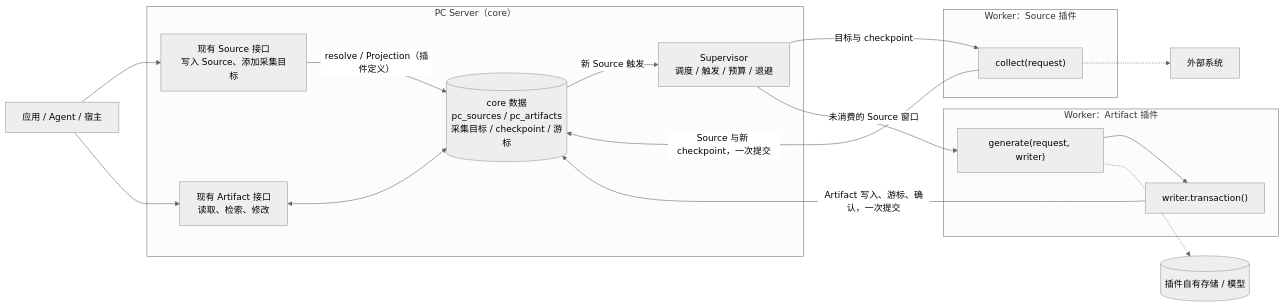
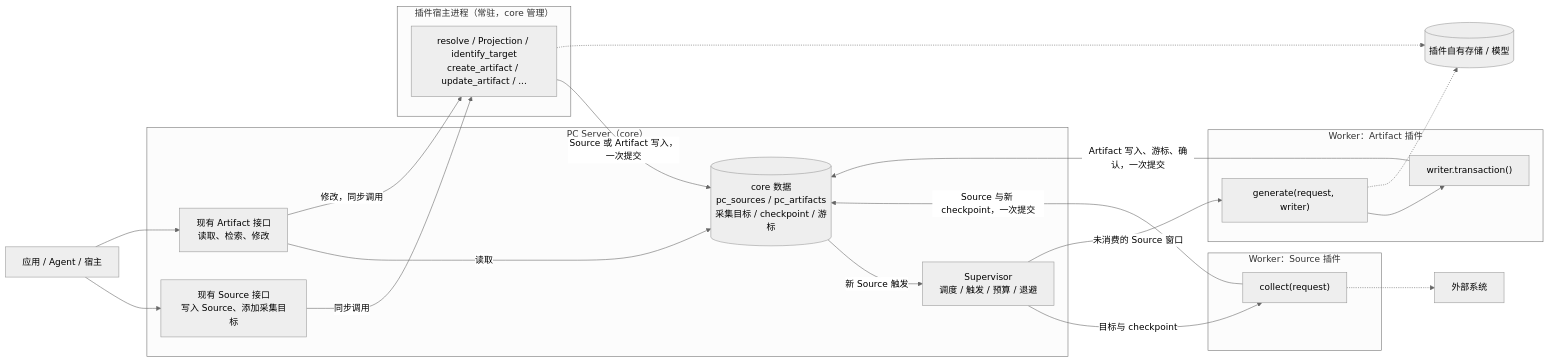
Before and after one commit to oceanbase/powercontext: the diagram in docs/zh/rfcs/2549-plugin-interfaces.md, drawn with Mermaid (neutral theme). The commit also changed other lines of this file and 1 other file, not shown here.

Commit message:
docs(rfc): route user changes through plugin host processes and add edge collection

````diff
--- a/docs/zh/rfcs/2549-plugin-interfaces.md
+++ b/docs/zh/rfcs/2549-plugin-interfaces.md
@@ -74,29 +84,35 @@
 ```mermaid
 flowchart LR
     Caller["应用 / Agent / 宿主"]
     subgraph Server["PC Server（core）"]
         SourceAPI["现有 Source 接口<br/>写入 Source、添加采集目标"]
         ArtifactAPI["现有 Artifact 接口<br/>读取、检索、修改"]
         Sup["Supervisor<br/>调度 / 触发 / 预算 / 退避"]
         Core[("core 数据<br/>pc_sources / pc_artifacts<br/>采集目标 / checkpoint / 游标")]
+    end
+    subgraph Host["插件宿主进程（常驻，core 管理）"]
+        Sync["resolve / Projection / identify_target<br/>create_artifact / update_artifact / ..."]
     end
     subgraph SW["Worker：Source 插件"]
         Collect["collect(request)"]
     end
     subgraph AW["Worker：Artifact 插件"]
         Generate["generate(request, writer)"]
         Tx["writer.transaction()"]
         Generate --> Tx
     end
     Caller --> SourceAPI
     Caller --> ArtifactAPI
-    SourceAPI -->|"resolve / Projection（插件定义）"| Core
-    ArtifactAPI <--> Core
+    SourceAPI -->|"同步调用"| Sync
+    ArtifactAPI -->|"读取"| Core
+    ArtifactAPI -->|"修改，同步调用"| Sync
+    Sync -->|"Source 或 Artifact 写入，一次提交"| Core
+    Sync -.-> Own
     Sup -->|"目标与 checkpoint"| Collect
     Collect -->|"Source 与新 checkpoint，一次提交"| Core
     Core -->|"新 Source 触发"| Sup
     Sup -->|"未消费的 Source 窗口"| Generate
     Tx -->|"Artifact 写入、游标、确认，一次提交"| Core
     Collect -.-> Ext["外部系统"]
     Generate -.-> Own[("插件自有存储 / 模型")]
 ```
````
